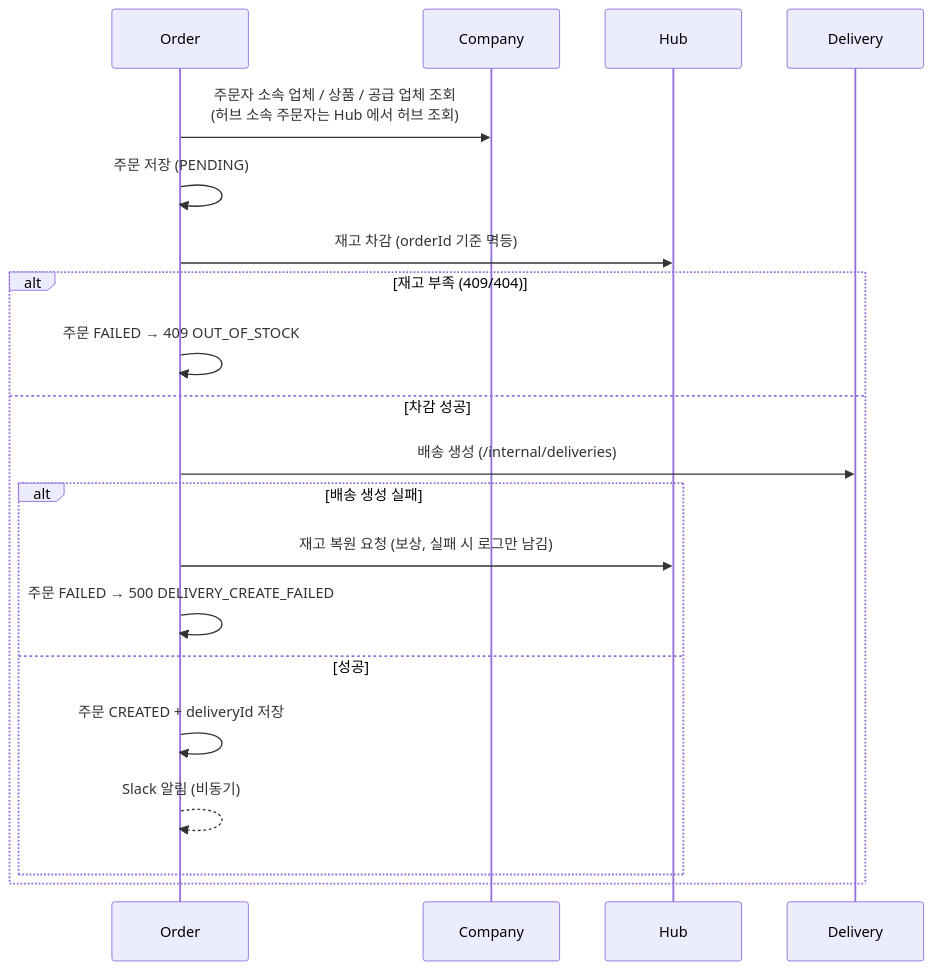
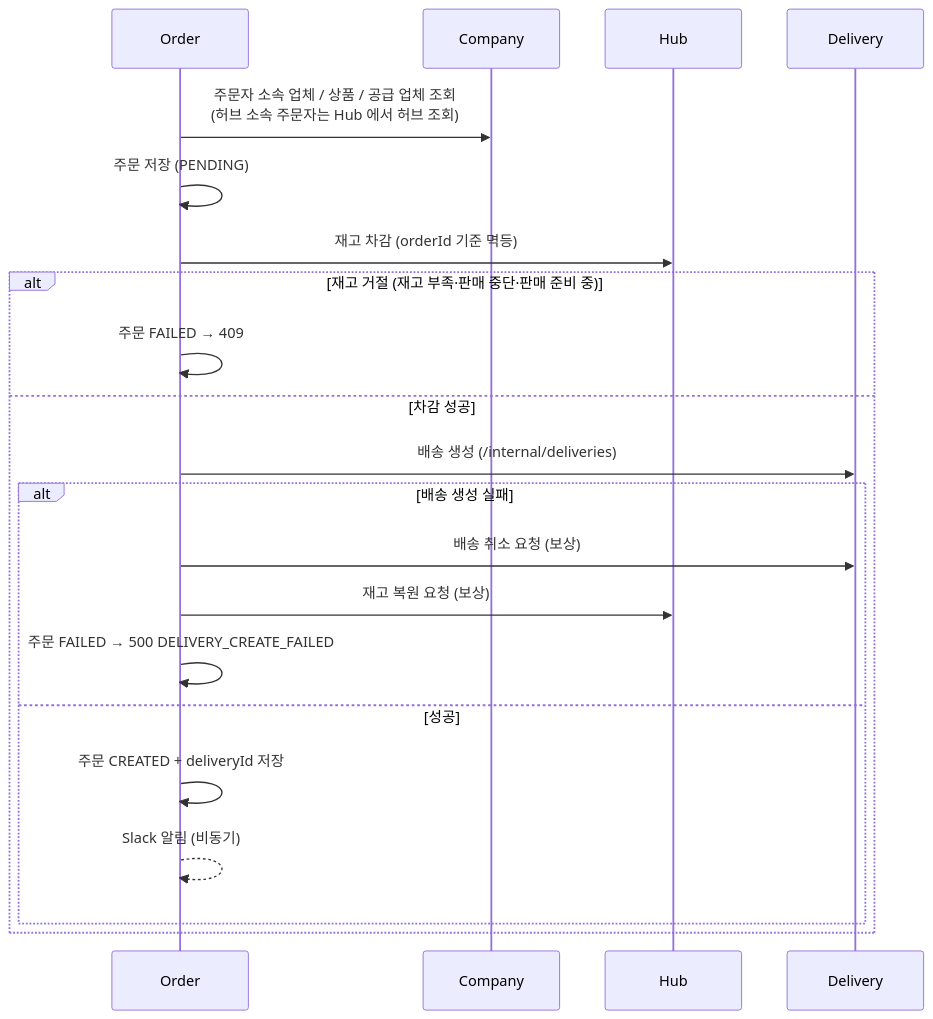
The fourth of 5 diagrams in README.md (Connect-Organization5/connect), drawn with Mermaid before and after one commit. The commit also changed other lines of this file, not shown here.

````diff
--- a/README.md
+++ b/README.md
@@ -230,23 +443,24 @@
 ```mermaid
 sequenceDiagram
     participant O as Order
     participant C as Company
     participant H as Hub
     participant D as Delivery
 
     O->>C: 주문자 소속 업체 / 상품 / 공급 업체 조회<br/>(허브 소속 주문자는 Hub 에서 허브 조회)
     O->>O: 주문 저장 (PENDING)
     O->>H: 재고 차감 (orderId 기준 멱등)
-    alt 재고 부족 (409/404)
-        O->>O: 주문 FAILED → 409 OUT_OF_STOCK
+    alt 재고 거절 (재고 부족·판매 중단·판매 준비 중)
+        O->>O: 주문 FAILED → 409
     else 차감 성공
         O->>D: 배송 생성 (/internal/deliveries)
         alt 배송 생성 실패
-            O->>H: 재고 복원 요청 (보상, 실패 시 로그만 남김)
+            O->>D: 배송 취소 요청 (보상)
+            O->>H: 재고 복원 요청 (보상)
             O->>O: 주문 FAILED → 500 DELIVERY_CREATE_FAILED
         else 성공
             O->>O: 주문 CREATED + deliveryId 저장
             O-->>O: Slack 알림 (비동기)
         end
     end
 ```
````
